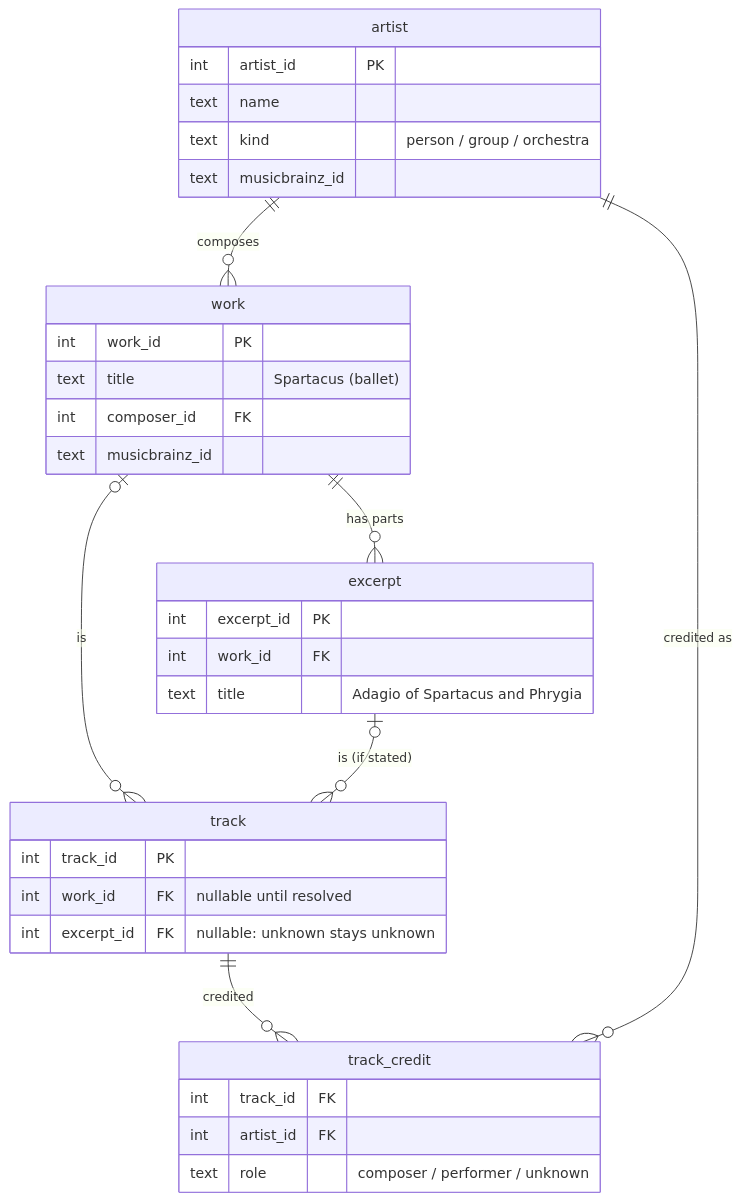
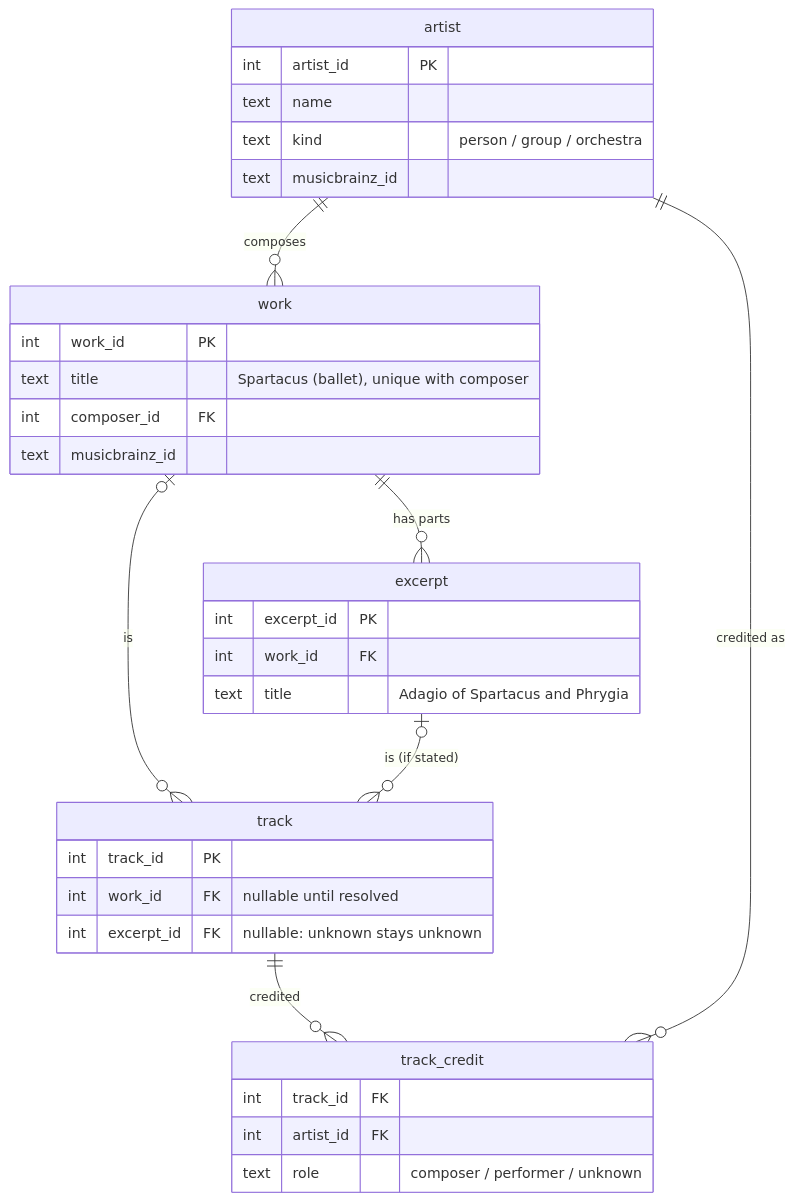
The second of 2 diagrams in docs/db_schema.md (BorisenkoAnna1193/rg-music-catalog), drawn with Mermaid before and after one commit. The commit also changed other lines of this file and 22 other files, not shown here.

````diff
--- a/docs/db_schema.md
+++ b/docs/db_schema.md
@@ -95,37 +107,37 @@
 ```mermaid
 erDiagram
     artist ||--o{ work : "composes"
     work ||--o{ excerpt : "has parts"
     work |o--o{ track : "is"
     excerpt |o--o{ track : "is (if stated)"
     track ||--o{ track_credit : "credited"
     artist ||--o{ track_credit : "credited as"
 
     artist {
         int artist_id PK
         text name
         text kind "person / group / orchestra"
         text musicbrainz_id
     }
     work {
         int work_id PK
-        text title "Spartacus (ballet)"
+        text title "Spartacus (ballet), unique with composer"
         int composer_id FK
         text musicbrainz_id
     }
     excerpt {
         int excerpt_id PK
         int work_id FK
         text title "Adagio of Spartacus and Phrygia"
     }
     track {
         int track_id PK
         int work_id FK "nullable until resolved"
         int excerpt_id FK "nullable: unknown stays unknown"
     }
     track_credit {
         int track_id FK
         int artist_id FK
         text role "composer / performer / unknown"
     }
 ```
````
